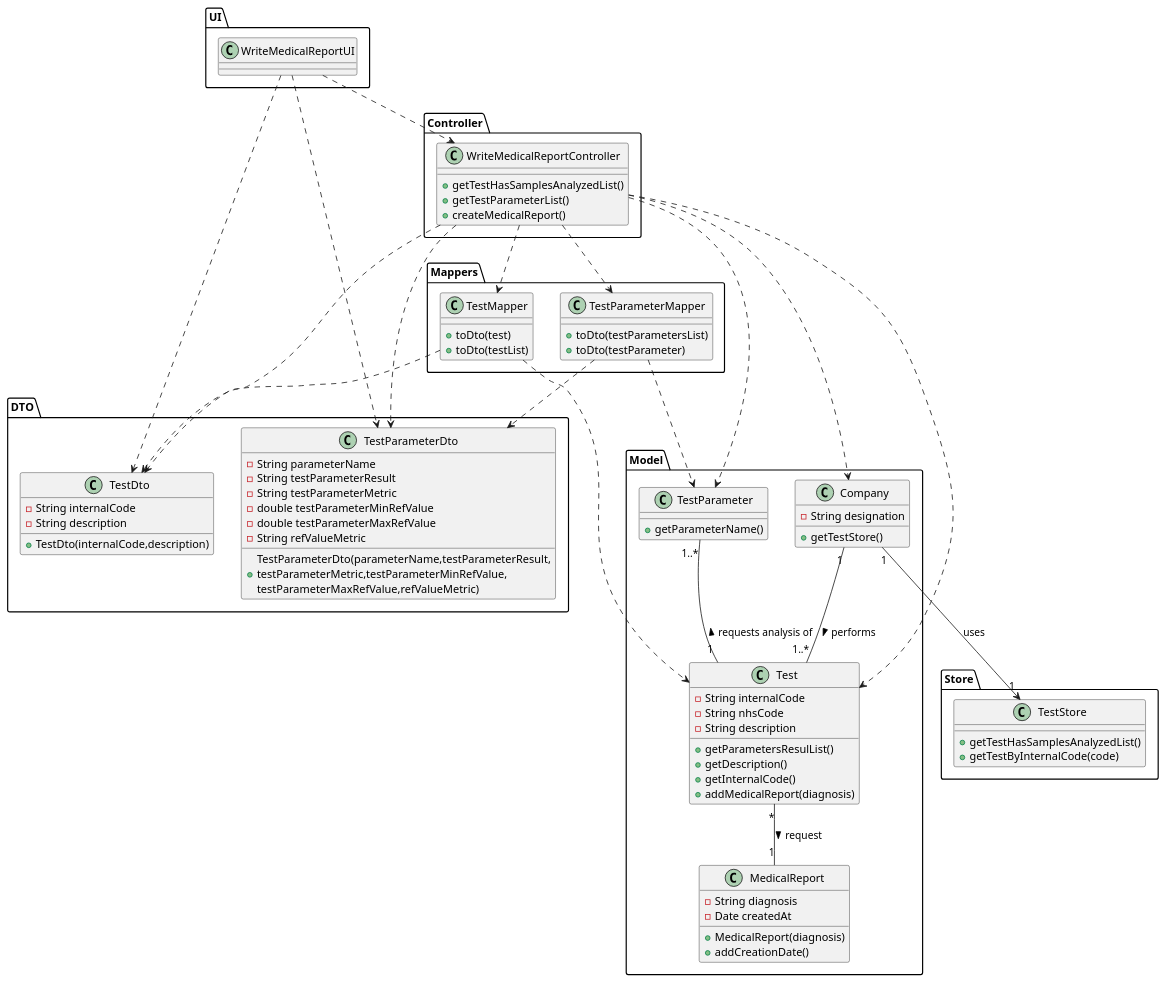
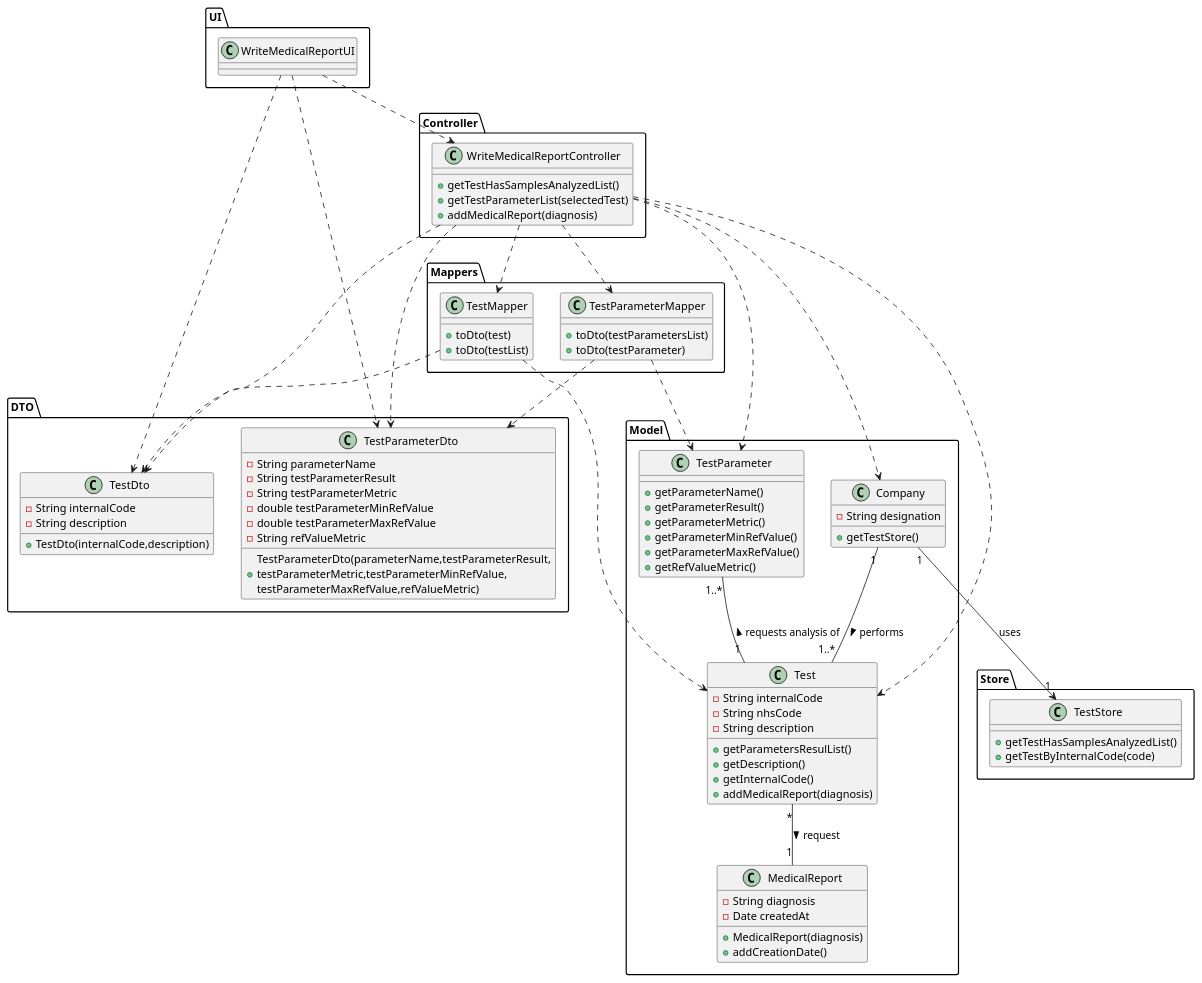
One commit to manu-07-ela/LAPR2_ISEP changed the diagram in docs/SprintC/US14/US14_CD.puml. Above: the diagram before and after it, drawn with PlantUML. The commit also changed 8 other files, not shown here.

```diff
--- a/docs/SprintC/US14/US14_CD.puml
+++ b/docs/SprintC/US14/US14_CD.puml
@@ -1,101 +1,106 @@
 @startuml
 
 package UI{
 class WriteMedicalReportUI{
 }
 }
 
 package Controller{
 class WriteMedicalReportController{
 +getTestHasSamplesAnalyzedList()
-+getTestParameterList()
-+createMedicalReport()
++getTestParameterList(selectedTest)
++addMedicalReport(diagnosis)
 }
 }
 
 package Model{
 class Company{
 -String designation
 +getTestStore()
 }
 
 class Test{
 -String internalCode
 -String nhsCode
 -String description
 +getParametersResulList()
 +getDescription()
 +getInternalCode()
 +addMedicalReport(diagnosis)
 }
 
 class MedicalReport{
 -String diagnosis
 -Date createdAt
 + MedicalReport(diagnosis)
 + addCreationDate()
 }
 
 class TestParameter{
 + getParameterName()
++ getParameterResult()
++ getParameterMetric()
++ getParameterMinRefValue()
++ getParameterMaxRefValue()
++ getRefValueMetric()
 }
 }
 
 package Store{
 class TestStore{
 +getTestHasSamplesAnalyzedList()
 +getTestByInternalCode(code)
 }
 }
 
 package Mappers{
 class TestMapper{
 +toDto(test)
 +toDto(testList)
 }
 
 class TestParameterMapper{
 +toDto(testParametersList)
 +toDto(testParameter)
 }
 }
 
 package DTO{
 class TestDto{
 -String internalCode
 -String description
 +TestDto(internalCode,description)
 }
 
 class TestParameterDto{
 -String parameterName
 -String testParameterResult
 -String testParameterMetric
 -double testParameterMinRefValue
 -double testParameterMaxRefValue
 -String refValueMetric
 +TestParameterDto(parameterName,testParameterResult,\ntestParameterMetric,testParameterMinRefValue,\ntestParameterMaxRefValue,refValueMetric)
 }
 }
 
 
 WriteMedicalReportUI ..> WriteMedicalReportController
 WriteMedicalReportUI ..> TestDto
 WriteMedicalReportUI ..> TestParameterDto
 WriteMedicalReportController ..> Company
 WriteMedicalReportController ..> TestMapper
 WriteMedicalReportController ...> TestParameterDto
 WriteMedicalReportController ...> TestDto
 WriteMedicalReportController ...> TestParameter
 WriteMedicalReportController ...> Test
 WriteMedicalReportController ..> TestParameterMapper
 TestParameterMapper ..> TestParameterDto
 TestParameterMapper ..> TestParameter
 TestMapper ..> TestDto
 TestMapper ..> Test
 Company "1"--"1..*" Test : performs >
 TestParameter "1..*" --"1" Test : requests analysis of <
 Test "*"--"1" MedicalReport : request >
 Company"1"--> "1" TestStore : uses
 
 @enduml
```
